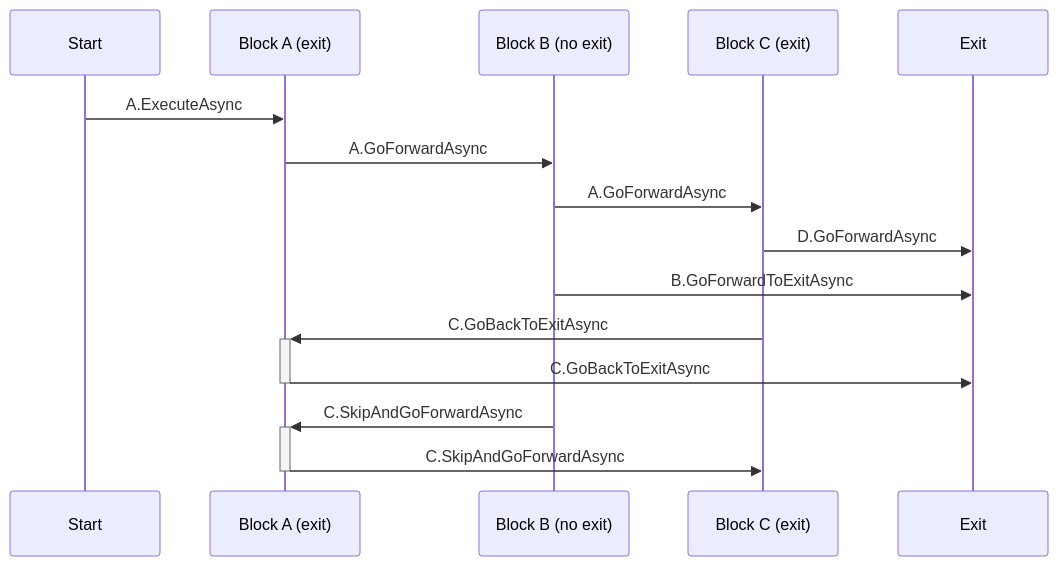
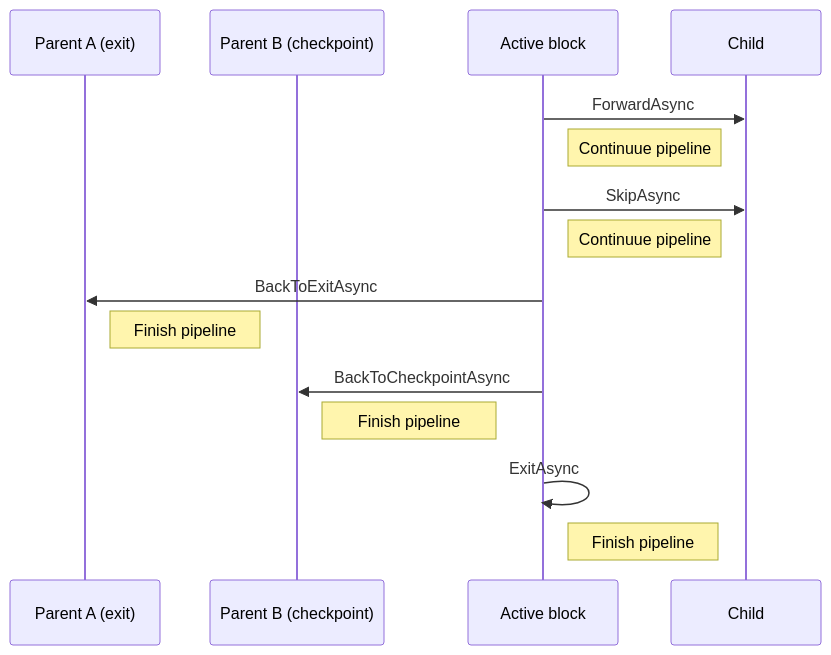
The diagram in README.md (danielklecha/PipelineBlocks), drawn with Mermaid before and after one commit. The commit also changed other lines of this file, not shown here.

````diff
--- a/README.md
+++ b/README.md
@@ -5,17 +31,17 @@
 ```mermaid
 sequenceDiagram
-participant S as Start
-participant A as Block A (exit)
-participant B as Block B (no exit)
-participant C as Block C (exit)
-participant E as Exit
-S->>A: A.ExecuteAsync
-A->>B: A.GoForwardAsync
-B->>C: A.GoForwardAsync
-C->>E: D.GoForwardAsync
-B->>E: B.GoForwardToExitAsync
-C->>+A: C.GoBackToExitAsync
-A->>-E: C.GoBackToExitAsync
-B->>+A: C.SkipAndGoForwardAsync
-A->>-C: C.SkipAndGoForwardAsync
+participant PA as Parent A (exit)
+participant PB as Parent B (checkpoint)
+participant A as Active block
+participant CA as Child
+A ->> CA: ForwardAsync
+Note left of CA: Continuue pipeline
+A ->> CA: SkipAsync
+Note left of CA: Continuue pipeline
+A ->> PA: BackToExitAsync
+Note right of PA: Finish pipeline
+A ->> PB: BackToCheckpointAsync
+Note right of PB: Finish pipeline
+A ->> A: ExitAsync
+Note right of A: Finish pipeline
 ```
````
